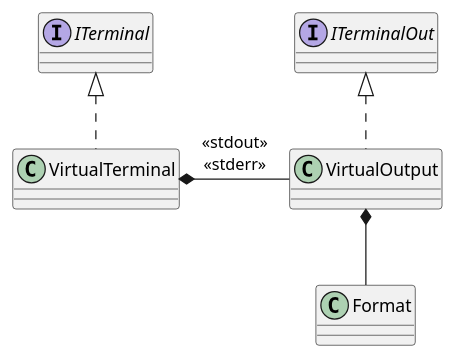
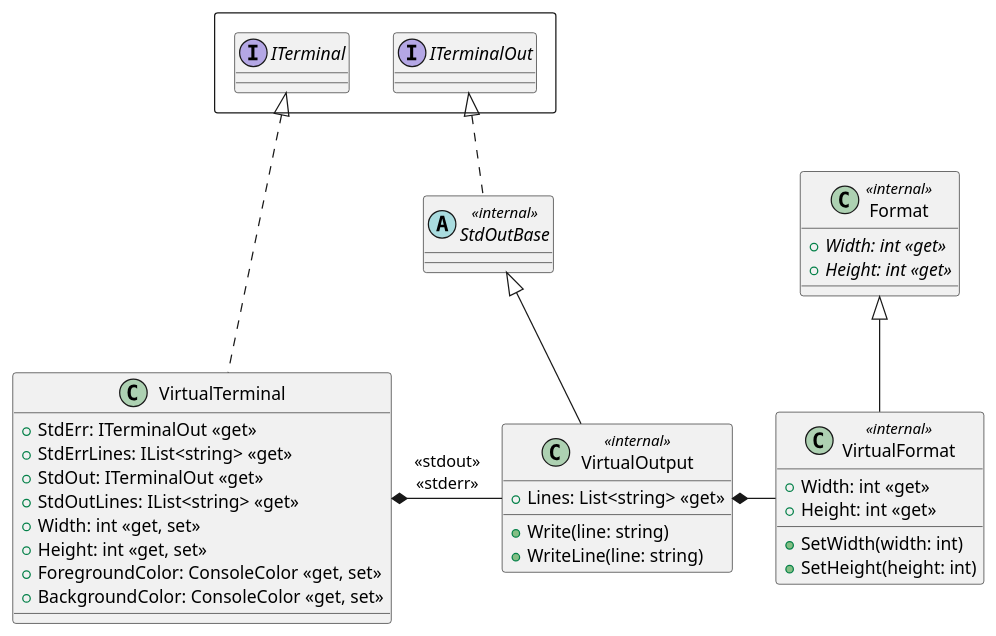
The diagram in docs/figures/VirtualTerminal.plantuml (jcurl/RJCP.DLL.CommandLine), drawn with PlantUML before and after one commit. The commit also changed 11 other files, not shown here.

First line of the commit message:
Terminal: Add a VirtualTerminal

```diff
--- a/docs/figures/VirtualTerminal.plantuml
+++ b/docs/figures/VirtualTerminal.plantuml
@@ -1,12 +1,42 @@
 @startuml VirtualTerminal
+rectangle {
 interface ITerminal
 interface ITerminalOut
-class VirtualTerminal
-class VirtualOutput
+}
 
-ITerminal <|.d. VirtualTerminal
-ITerminalOut <|.d. VirtualOutput
+class VirtualTerminal {
+    +StdErr: ITerminalOut <<get>>
+    +StdErrLines: IList<string> <<get>>
+    +StdOut: ITerminalOut <<get>>
+    +StdOutLines: IList<string> <<get>>
+    +Width: int <<get, set>>
+    +Height: int <<get, set>>
+    +ForegroundColor: ConsoleColor <<get, set>>
+    +BackgroundColor: ConsoleColor <<get, set>>
+}
+abstract class StdOutBase <<internal>>
+class VirtualOutput <<internal>> {
+    +Lines: List<string> <<get>>
+    +Write(line: string)
+    +WriteLine(line: string)
+}
+class Format <<internal>> {
+    {abstract} +Width: int <<get>>
+    {abstract} +Height: int <<get>>
+}
+class VirtualFormat <<internal>> {
+    +Width: int <<get>>
+    +SetWidth(width: int)
+    +Height: int <<get>>
+    +SetHeight(height: int)
+}
+
+ITerminal <|.d.. VirtualTerminal
+ITerminalOut <|.d. StdOutBase
+
 VirtualTerminal *-r- VirtualOutput : <<stdout>>\n<<stderr>>
 
-VirtualOutput *-d- Format
+StdOutBase <|-d- VirtualOutput
+VirtualOutput *-r- VirtualFormat
+Format <|-d- VirtualFormat
 @enduml
```
